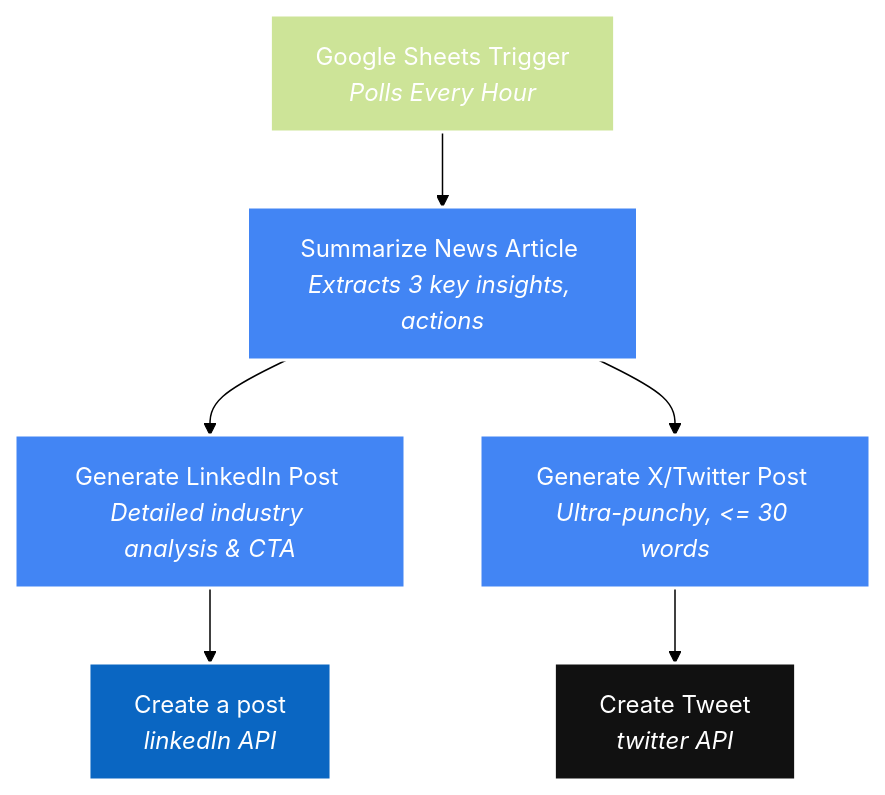
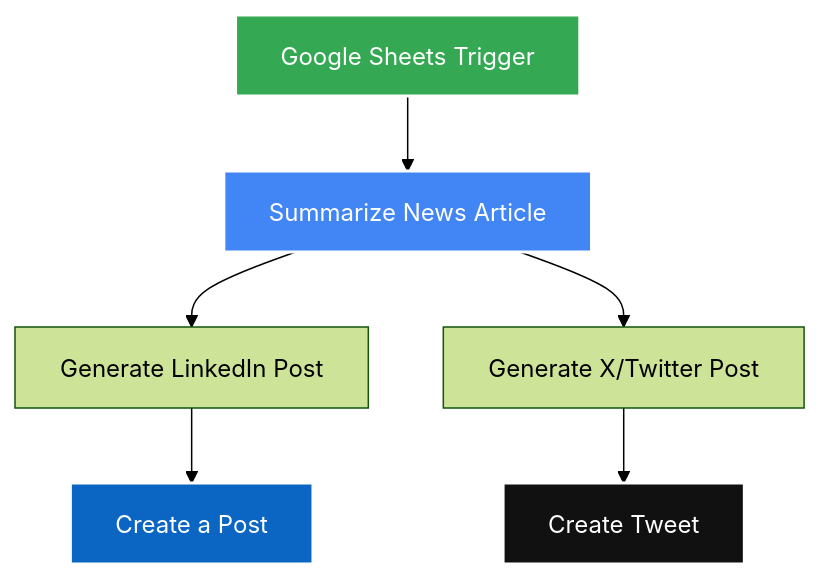
The second of 5 diagrams in README.md (Guneshbari/n8n-workflows), drawn with Mermaid (forest theme) before and after one commit. The commit also changed other lines of this file and 3 other files, not shown here.

````diff
--- a/README.md
+++ b/README.md
@@ -68,15 +55,12 @@
 ```mermaid
 graph TD
-    A[Google Sheets Trigger <br><i>Polls Every Hour</i>] --> B[Summarize News Article <br><i>Extracts 3 key insights, actions</i>]
-    B --> C[Generate LinkedIn Post <br><i>Detailed industry analysis & CTA</i>]
-    B --> D[Generate X/Twitter Post <br><i>Ultra-punchy, <= 30 words</i>]
-    C --> E[Create a post <br><i>linkedIn API</i>]
-    D --> F[Create Tweet <br><i>twitter API</i>]
-
-    style A fill:#34A85green,stroke:#fff,stroke-width:2px,color:#fff
+    A[Google Sheets Trigger] --> B[Summarize News Article]
+    B --> C[Generate LinkedIn Post]
+    B --> D[Generate X/Twitter Post]
+    C --> E[Create a Post]
+    D --> F[Create Tweet]
+    style A fill:#34A853,stroke:#fff,stroke-width:2px,color:#fff
     style B fill:#4285F4,stroke:#fff,stroke-width:2px,color:#fff
-    style C fill:#4285F4,stroke:#fff,stroke-width:2px,color:#fff
-    style D fill:#4285F4,stroke:#fff,stroke-width:2px,color:#fff
     style E fill:#0A66C2,stroke:#fff,stroke-width:2px,color:#fff
     style F fill:#111,stroke:#fff,stroke-width:2px,color:#fff
 ```
````
